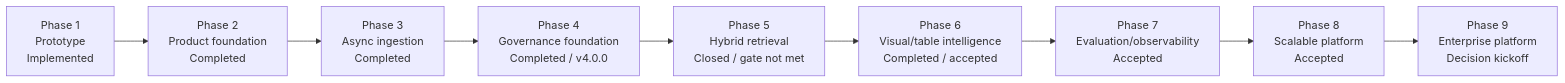
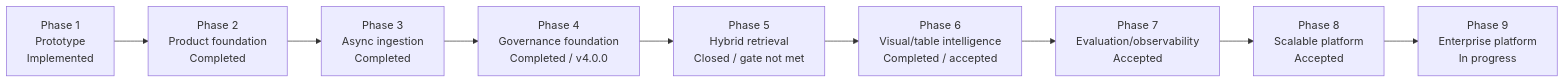
One commit to mvyas412/ai-projects changed the second of 11 diagrams in mm-rag-full-stack-genai-bootcamp-3.0/docs/architecture/ARCHITECTURE.md. Above: the diagram before and after it, drawn with Mermaid. The commit also changed other lines of this file and 9 other files, not shown here.

````diff
--- a/mm-rag-full-stack-genai-bootcamp-3.0/docs/architecture/ARCHITECTURE.md
+++ b/mm-rag-full-stack-genai-bootcamp-3.0/docs/architecture/ARCHITECTURE.md
@@ -186,12 +186,12 @@
 ```mermaid
 flowchart LR
     p1["Phase 1<br/>Prototype<br/>Implemented"] -->
     p2["Phase 2<br/>Product foundation<br/>Completed"] -->
     p3["Phase 3<br/>Async ingestion<br/>Completed"] -->
     p4["Phase 4<br/>Governance foundation<br/>Completed / v4.0.0"] -->
     p5["Phase 5<br/>Hybrid retrieval<br/>Closed / gate not met"] -->
     p6["Phase 6<br/>Visual/table intelligence<br/>Completed / accepted"] -->
     p7["Phase 7<br/>Evaluation/observability<br/>Accepted"] -->
     p8["Phase 8<br/>Scalable platform<br/>Accepted"] -->
-    p9["Phase 9<br/>Enterprise platform<br/>Decision kickoff"]
+    p9["Phase 9<br/>Enterprise platform<br/>In progress"]
 ```
````
